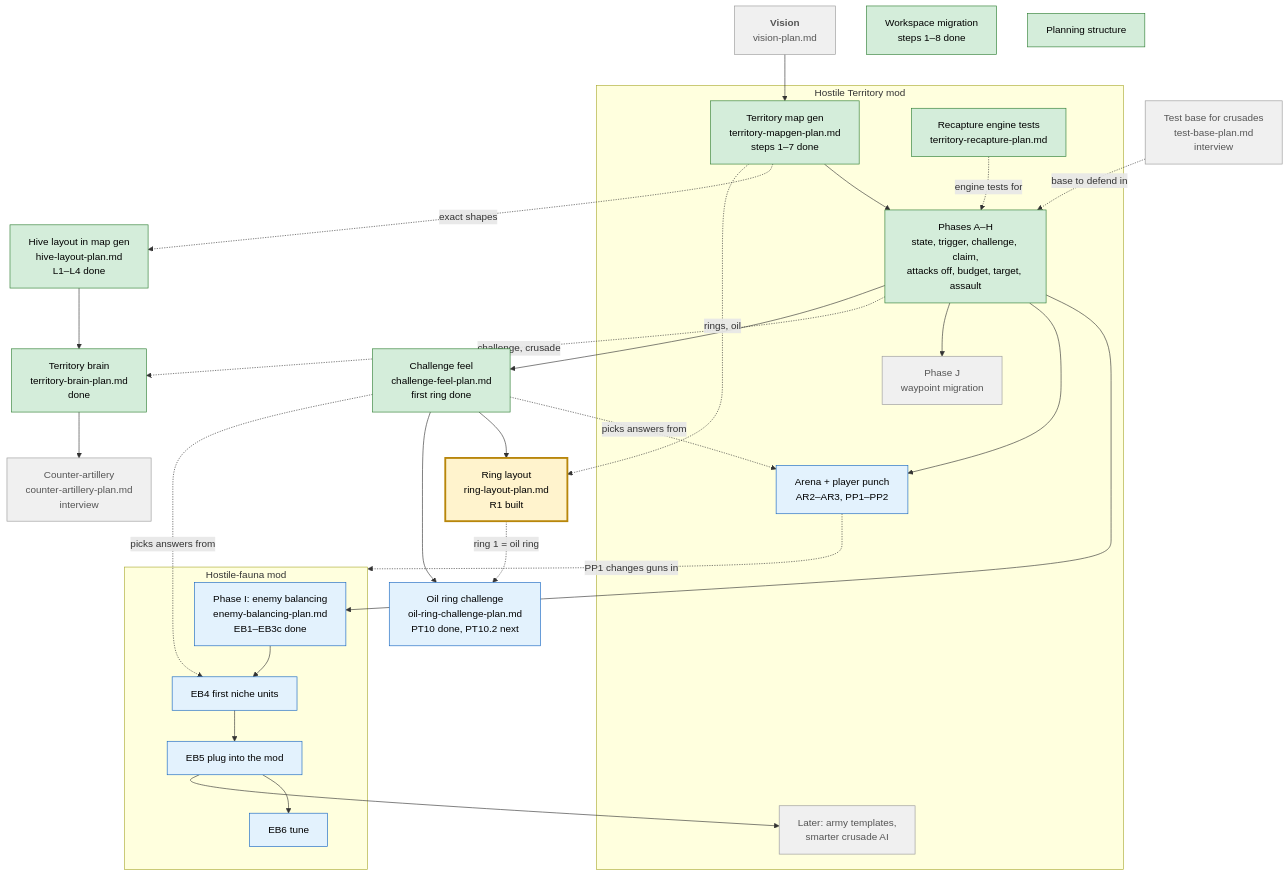
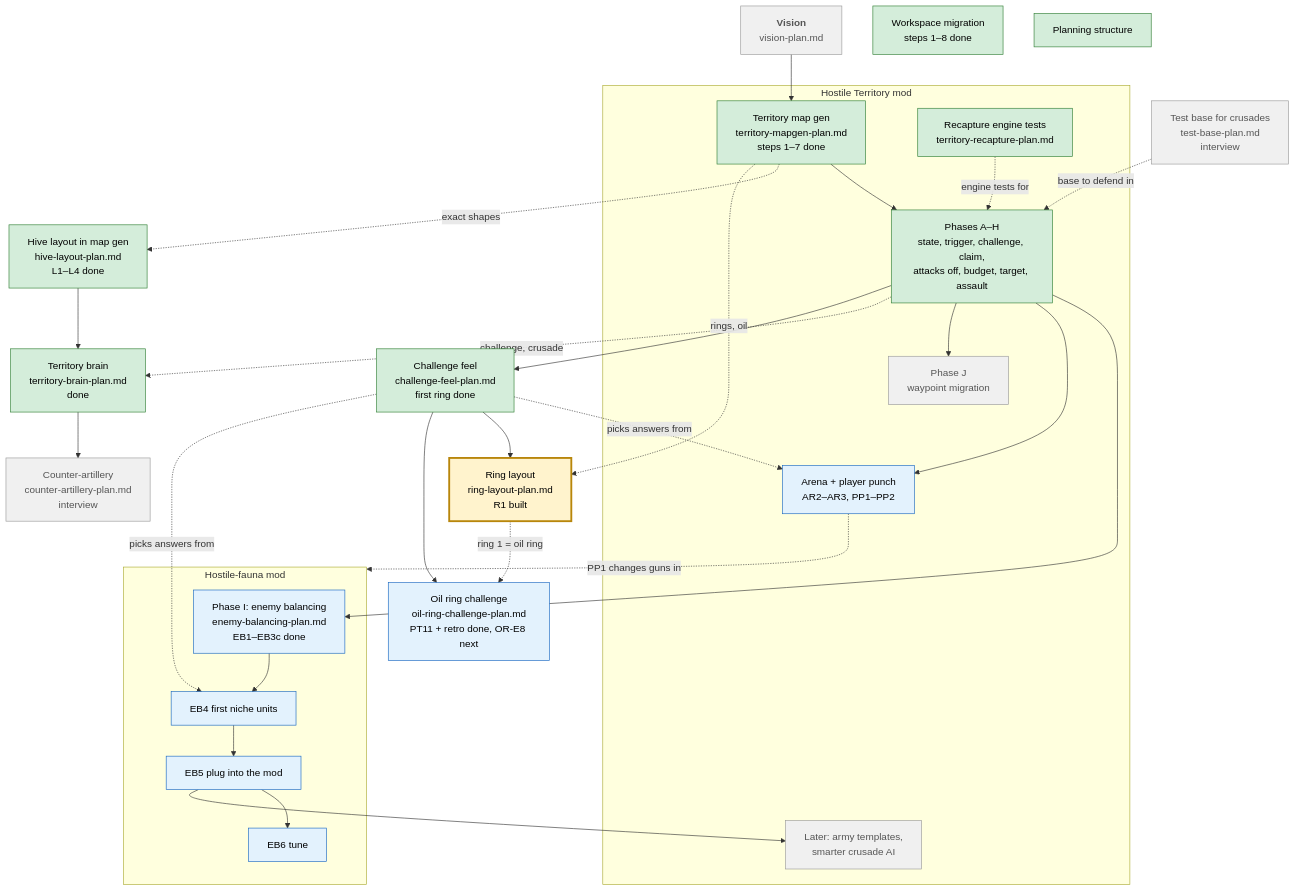
Before and after one commit to Help-Op/factorio-mods: the diagram in plans/roadmap.md, drawn with Mermaid. The commit also changed other lines of this file and 49 other files, not shown here.

First line of the commit message:
Add oil ring challenge test scripts and results

````diff
--- a/plans/roadmap.md
+++ b/plans/roadmap.md
@@ -12,60 +12,60 @@
 ```mermaid
 flowchart TD
     V["<b>Vision</b><br/>vision-plan.md"]
 
     subgraph HT["Hostile Territory mod"]
         MG["Territory map gen<br/>territory-mapgen-plan.md<br/>steps 1–7 done"]
         AH["Phases A–H<br/>state, trigger, challenge, claim,<br/>attacks off, budget, target, assault"]
         REC["Recapture engine tests<br/>territory-recapture-plan.md"]
         AR["Arena + player punch<br/>AR2–AR3, PP1–PP2"]
         J["Phase J<br/>waypoint migration"]
         TPL["Later: army templates,<br/>smarter crusade AI"]
     end
 
     subgraph HF["Hostile-fauna mod"]
         EB["Phase I: enemy balancing<br/>enemy-balancing-plan.md<br/>EB1–EB3c done"]
         EB4["EB4 first niche units"]
         EB5["EB5 plug into the mod"]
         EB6["EB6 tune"]
     end
 
     CF["Challenge feel<br/>challenge-feel-plan.md<br/>first ring done"]
     RL["Ring layout<br/>ring-layout-plan.md<br/>R1 built"]
-    OR["Oil ring challenge<br/>oil-ring-challenge-plan.md<br/>PT10 done, PT10.2 next"]
+    OR["Oil ring challenge<br/>oil-ring-challenge-plan.md<br/>PT11 + retro done, OR-E8 next"]
     HL["Hive layout in map gen<br/>hive-layout-plan.md<br/>L1–L4 done"]
     TB["Territory brain<br/>territory-brain-plan.md<br/>done"]
     CA["Counter-artillery<br/>counter-artillery-plan.md<br/>interview"]
     WS["Workspace migration<br/>steps 1–8 done"]
     PS["Planning structure"]
     TBASE["Test base for crusades<br/>test-base-plan.md<br/>interview"]
 
     V --> MG --> AH
     REC -. engine tests for .-> AH
     AH --> EB
     EB --> EB4 --> EB5 --> EB6
     EB5 --> TPL
     AH --> AR
     AR -. PP1 changes guns in .-> HF
     AH --> J
     MG -. exact shapes .-> HL
     HL --> TB
     AH -. challenge, crusade .-> TB
     TB --> CA
     AH --> CF
     CF --> RL
     CF --> OR
     RL -. ring 1 = oil ring .-> OR
     MG -. rings, oil .-> RL
     CF -. picks answers from .-> EB4
     CF -. picks answers from .-> AR
     TBASE -. base to defend in .-> AH
 
     classDef done fill:#d4edda,stroke:#2e7d32,color:#000
     classDef now fill:#fff3cd,stroke:#b8860b,stroke-width:3px,color:#000
     classDef next fill:#e3f2fd,stroke:#1565c0,color:#000
     classDef later fill:#f0f0f0,stroke:#999,color:#555
     class MG,AH,REC,WS,PS,HL,TB,CF done
     class RL now
     class EB,EB4,AR,EB5,EB6,OR next
     class J,TPL,V,CA,TBASE later
 ```
````
